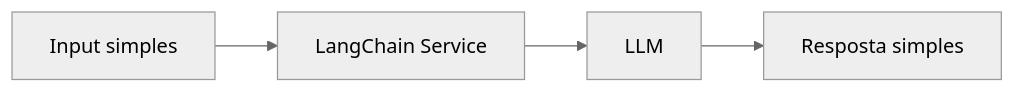
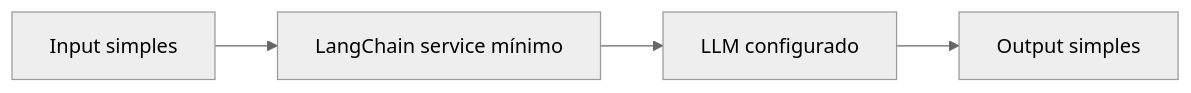
One commit to matheusdiamantino-betalent/questions-ai changed the diagram in PR 22 — Fundação Inicial de LangChain.md. Above: the diagram before and after it, drawn with Mermaid (neutral theme). The commit also changed other lines of this file, not shown here.

Commit message:
Update PR 22 — Fundação Inicial de LangChain.md

````diff
--- a/PR 22 — Fundação Inicial de LangChain.md
+++ b/PR 22 — Fundação Inicial de LangChain.md
@@ -99,6 +116,6 @@
 ```mermaid
 flowchart LR
-    A[Input simples] --> B[LangChain Service]
-    B --> C[LLM]
-    C --> D[Resposta simples]
+    A["Input simples"] --> B["LangChain service mínimo"]
+    B --> C["LLM configurado"]
+    C --> D["Output simples"]
 ```
````
